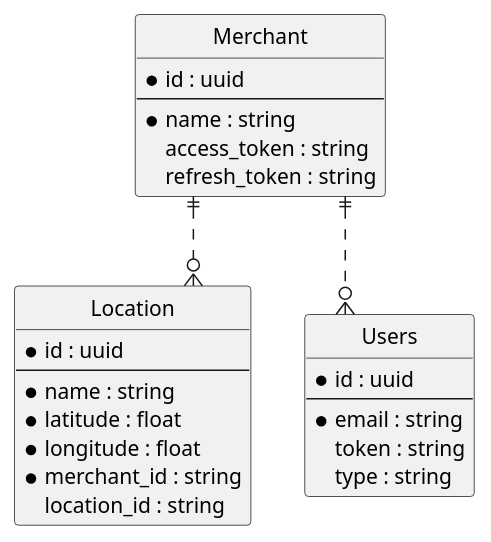
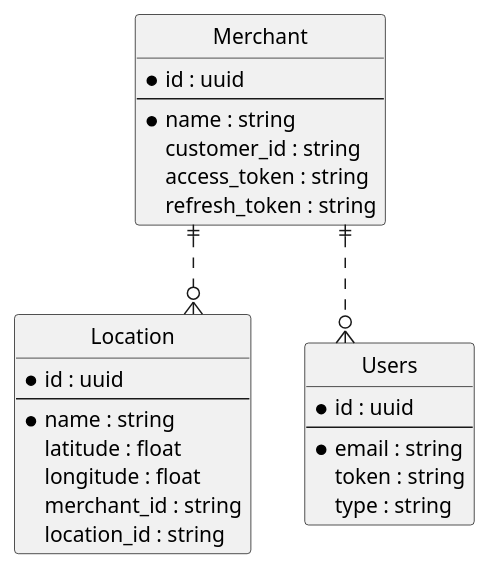
The diagram in diagrams/entity_relationship_diagram.puml (help-us-app/help-us-architecture-diagrams), drawn with PlantUML before and after one commit.

Commit message:
feat: added the customer_id to the merchant entity

```diff
--- a/diagrams/entity_relationship_diagram.puml
+++ b/diagrams/entity_relationship_diagram.puml
@@ -1,35 +1,36 @@
 @startuml
 hide circle
 
 ' avoid problems with angled crows feet
 skinparam linetype ortho
 
 entity "Merchant" as merchant {
   *id : uuid
   --
   *name : string
+  customer_id : string
   access_token : string
   refresh_token : string
 }
 
 entity "Location" as location {
   *id : uuid
   --
   *name : string
-  *latitude : float
-  *longitude : float
-  *merchant_id : string
+  latitude : float
+  longitude : float
+  merchant_id : string
   location_id : string
 }
 
 entity "Users" as users {
   *id : uuid
   --
   *email : string
   token : string
   type : string
 }
 
 merchant ||..o{ location
 merchant ||..o{ users
 @enduml
```
